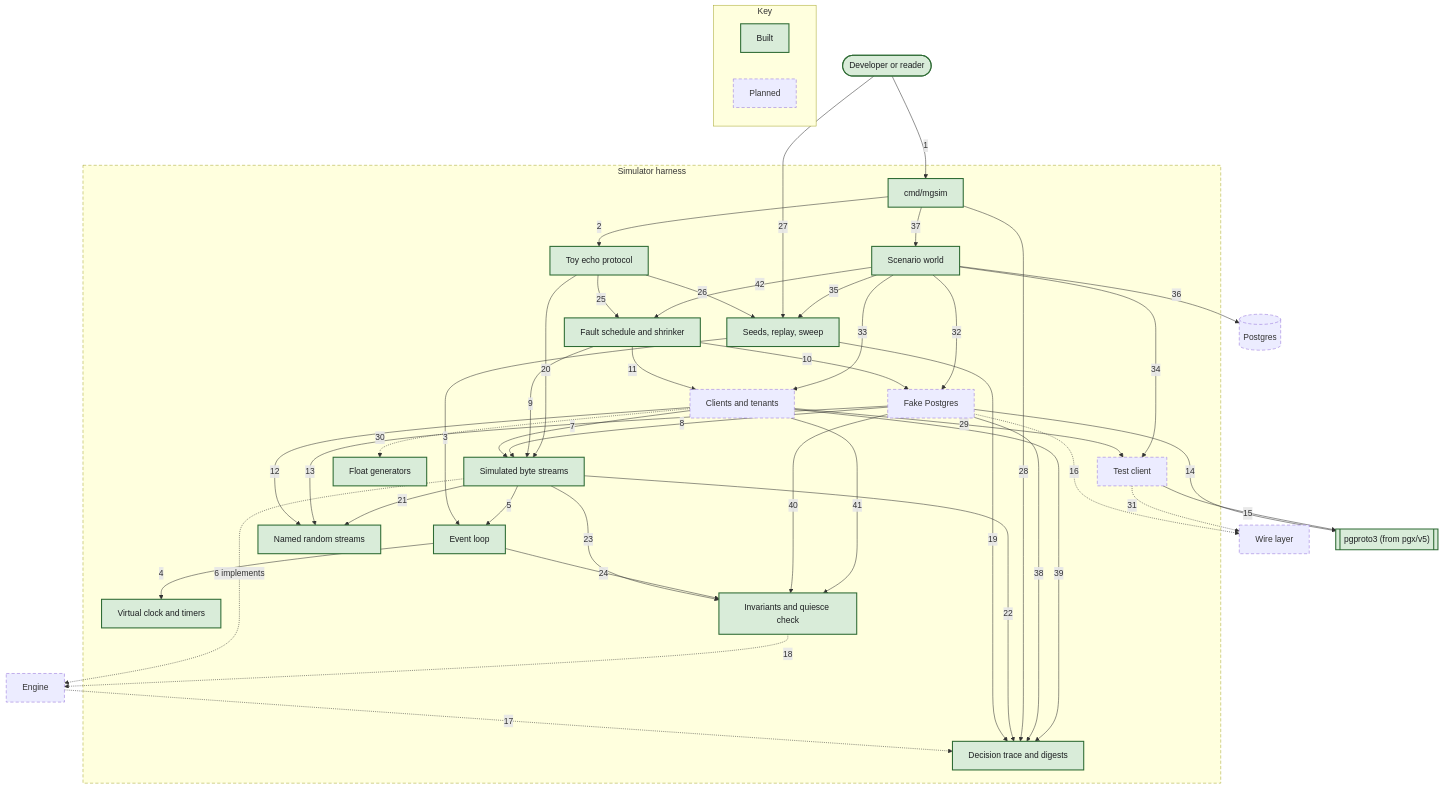
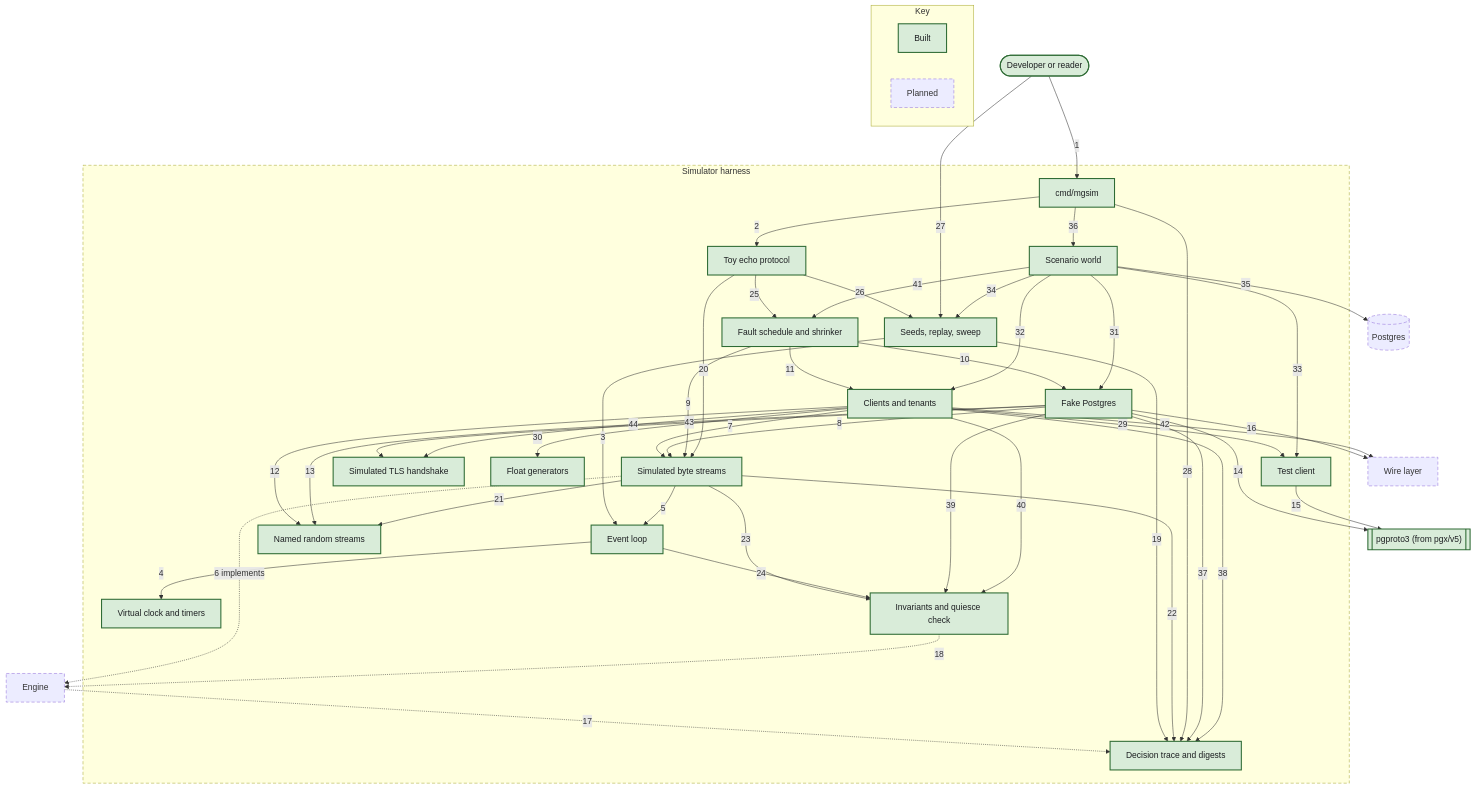
The diagram in docs/c4/diagrams/11-component-simulator.mmd (nickstrad/mini-gateway), drawn with Mermaid before and after one commit. The commit also changed 17 other files, not shown here.

First line of the commit message:
c4: mark chunk 4 (wire sessions) built and bring diagrams 6, 11 and 12 up to date

```diff
--- a/docs/c4/diagrams/11-component-simulator.mmd
+++ b/docs/c4/diagrams/11-component-simulator.mmd
@@ -1,72 +1,75 @@
 flowchart TB
   DEVELOPER(["Developer or reader"]):::built
   N_ENGINE["Engine"]:::planned
   N_PGWIRE["Wire layer"]:::planned
   PGPROTO3[["pgproto3 (from pgx/v5)"]]:::built
   PG[("Postgres")]:::planned
   subgraph SCOPE["Simulator harness"]
     S_LOOP["Event loop"]:::built
     S_CLOCK["Virtual clock and timers"]:::built
     S_STREAMS["Named random streams"]:::built
     S_NET["Simulated byte streams"]:::built
-    S_FAKEPG["Fake Postgres"]:::planned
-    S_WORKLOAD["Clients and tenants"]:::planned
-    S_TESTCLIENT["Test client"]:::planned
+    S_FAKEPG["Fake Postgres"]:::built
+    S_WORKLOAD["Clients and tenants"]:::built
+    S_TESTCLIENT["Test client"]:::built
+    S_SIMTLS["Simulated TLS handshake"]:::built
     S_RANDDIST["Float generators"]:::built
     S_WORLD["Scenario world"]:::built
     S_FAULTS["Fault schedule and shrinker"]:::built
     S_TRACE["Decision trace and digests"]:::built
     S_INV["Invariants and quiesce check"]:::built
     S_SIMTEST["Seeds, replay, sweep"]:::built
     S_CLI["cmd/mgsim"]:::built
     S_TOY["Toy echo protocol"]:::built
   end
   DEVELOPER -->|1| S_CLI
   S_CLI -->|2| S_TOY
   S_SIMTEST -->|3| S_LOOP
   S_LOOP -->|4| S_CLOCK
   S_NET -->|5| S_LOOP
   S_NET -.->|6 implements| N_ENGINE
   S_WORKLOAD -->|7| S_NET
   S_FAKEPG -->|8| S_NET
   S_FAULTS -->|9| S_NET
   S_FAULTS -->|10| S_FAKEPG
   S_FAULTS -->|11| S_WORKLOAD
   S_WORKLOAD -->|12| S_STREAMS
   S_FAKEPG -->|13| S_STREAMS
   S_FAKEPG -->|14| PGPROTO3
   S_TESTCLIENT -->|15| PGPROTO3
-  S_FAKEPG -.->|16| N_PGWIRE
+  S_FAKEPG -->|16| N_PGWIRE
   N_ENGINE -.->|17| S_TRACE
   S_INV -.->|18| N_ENGINE
   S_SIMTEST -->|19| S_TRACE
   S_TOY -->|20| S_NET
   S_NET -->|21| S_STREAMS
   S_NET -->|22| S_TRACE
   S_NET -->|23| S_INV
   S_LOOP -->|24| S_INV
   S_TOY -->|25| S_FAULTS
   S_TOY -->|26| S_SIMTEST
   DEVELOPER -->|27| S_SIMTEST
   S_CLI -->|28| S_TRACE
   S_WORKLOAD -->|29| S_TESTCLIENT
-  S_WORKLOAD -.->|30| S_RANDDIST
-  S_TESTCLIENT -.->|31| N_PGWIRE
-  S_WORLD -->|32| S_FAKEPG
-  S_WORLD -->|33| S_WORKLOAD
-  S_WORLD -->|34| S_TESTCLIENT
-  S_WORLD -->|35| S_SIMTEST
-  S_WORLD -->|36| PG
-  S_CLI -->|37| S_WORLD
-  S_FAKEPG -->|38| S_TRACE
-  S_WORKLOAD -->|39| S_TRACE
-  S_FAKEPG -->|40| S_INV
-  S_WORKLOAD -->|41| S_INV
-  S_WORLD -->|42| S_FAULTS
+  S_WORKLOAD -->|30| S_RANDDIST
+  S_WORLD -->|31| S_FAKEPG
+  S_WORLD -->|32| S_WORKLOAD
+  S_WORLD -->|33| S_TESTCLIENT
+  S_WORLD -->|34| S_SIMTEST
+  S_WORLD -->|35| PG
+  S_CLI -->|36| S_WORLD
+  S_FAKEPG -->|37| S_TRACE
+  S_WORKLOAD -->|38| S_TRACE
+  S_FAKEPG -->|39| S_INV
+  S_WORKLOAD -->|40| S_INV
+  S_WORLD -->|41| S_FAULTS
+  S_WORKLOAD -->|42| N_PGWIRE
+  S_FAKEPG -->|43| S_SIMTLS
+  S_WORKLOAD -->|44| S_SIMTLS
   subgraph KEY["Key"]
     KEY_BUILT["Built"]:::built
     KEY_PLANNED["Planned"]:::planned
   end
   classDef built fill:#d9ecd9,stroke:#2e6b34,stroke-width:2px,color:#1c1e21
   classDef planned stroke-width:1px,stroke-dasharray:6 4
   style SCOPE stroke-dasharray:6 4
```
